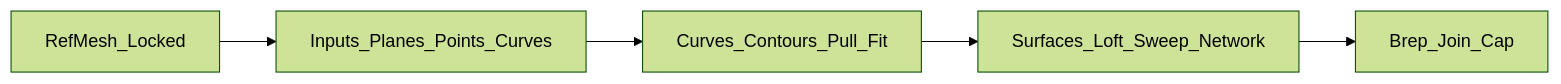
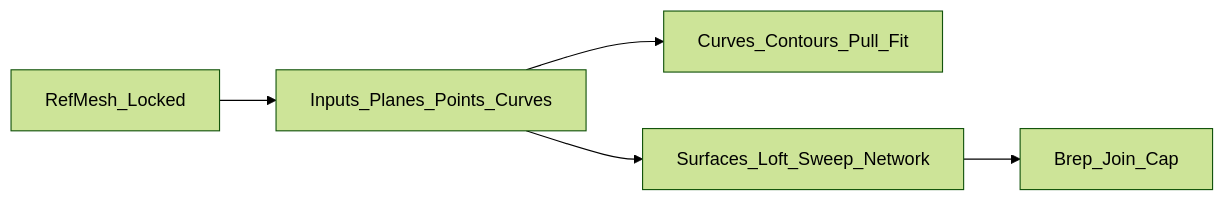
One commit to takuto-NA/rhino-gh-explained changed the diagram in docs/grasshopper/mesh-reference-to-brep-rebuild.md. Above: the diagram before and after it, drawn with Mermaid (forest theme). The commit also changed other lines of this file and 12 other files, not shown here.

````diff
--- a/docs/grasshopper/mesh-reference-to-brep-rebuild.md
+++ b/docs/grasshopper/mesh-reference-to-brep-rebuild.md
@@ -20,7 +21,7 @@
 ```mermaid
 flowchart LR
   RefMesh[RefMesh_Locked] --> Inputs[Inputs_Planes_Points_Curves]
   Inputs --> Curves[Curves_Contours_Pull_Fit]
-  Curves --> Surfaces[Surfaces_Loft_Sweep_Network]
+  Inputs --> Surfaces[Surfaces_Loft_Sweep_Network]
   Surfaces --> Brep[Brep_Join_Cap]
 ```
````
